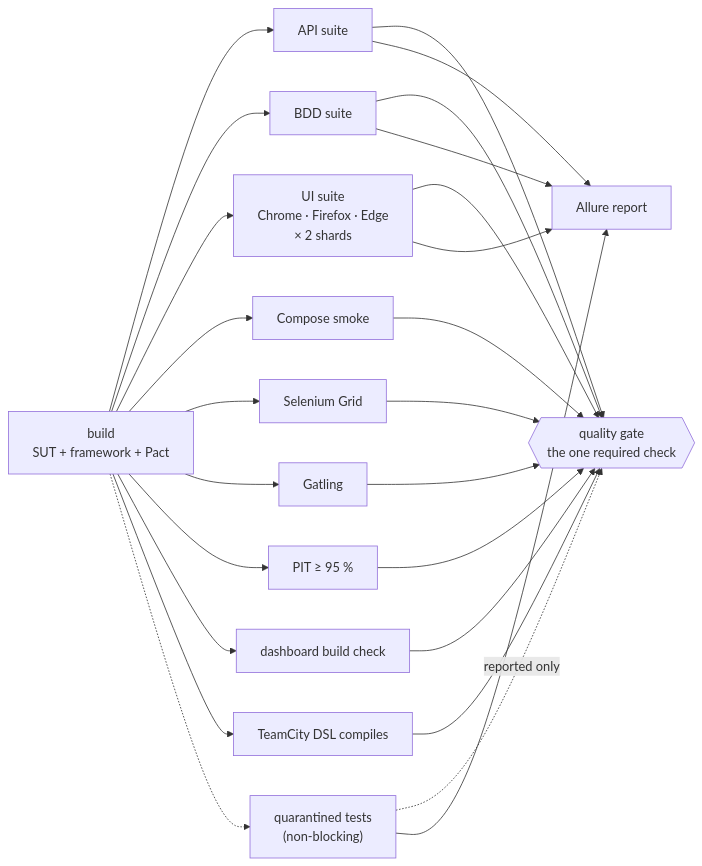
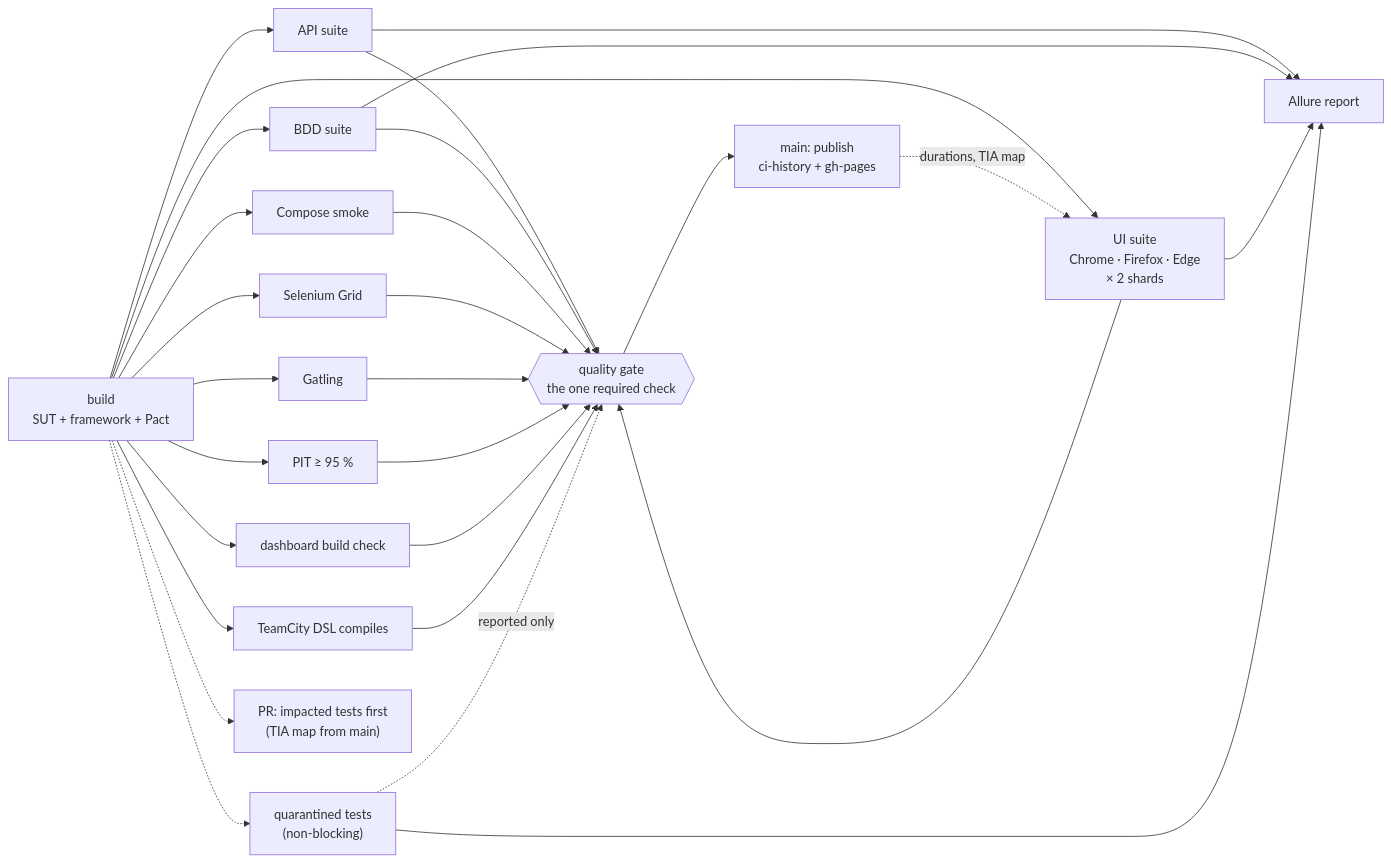
Before and after one commit to RaktimChandra/TestHarness: the second of 2 diagrams in README.md, drawn with Mermaid. The commit also changed other lines of this file and 7 other files, not shown here.

````diff
--- a/README.md
+++ b/README.md
@@ -231,11 +242,14 @@
 ```mermaid
 flowchart LR
   B["build<br/>SUT + framework + Pact"] --> API["API suite"] & BDD["BDD suite"]
   B --> UI["UI suite<br/>Chrome · Firefox · Edge<br/>× 2 shards"]
   B --> CS["Compose smoke"] & G["Selenium Grid"] & P["Gatling"] & M["PIT ≥ 95 %"]
   B --> D["dashboard build check"] & TC["TeamCity DSL compiles"]
   B -.-> Q["quarantined tests<br/>(non-blocking)"]
+  B -.-> IMP["PR: impacted tests first<br/>(TIA map from main)"]
   API & BDD & UI & CS & G & P & M & D & TC --> QG{{"quality gate<br/>the one required check"}}
   Q -. reported only .-> QG
   API & BDD & UI & Q --> R["Allure report"]
+  QG --> PUB["main: publish<br/>ci-history + gh-pages"]
+  PUB -. durations, TIA map .-> UI
 ```
````
